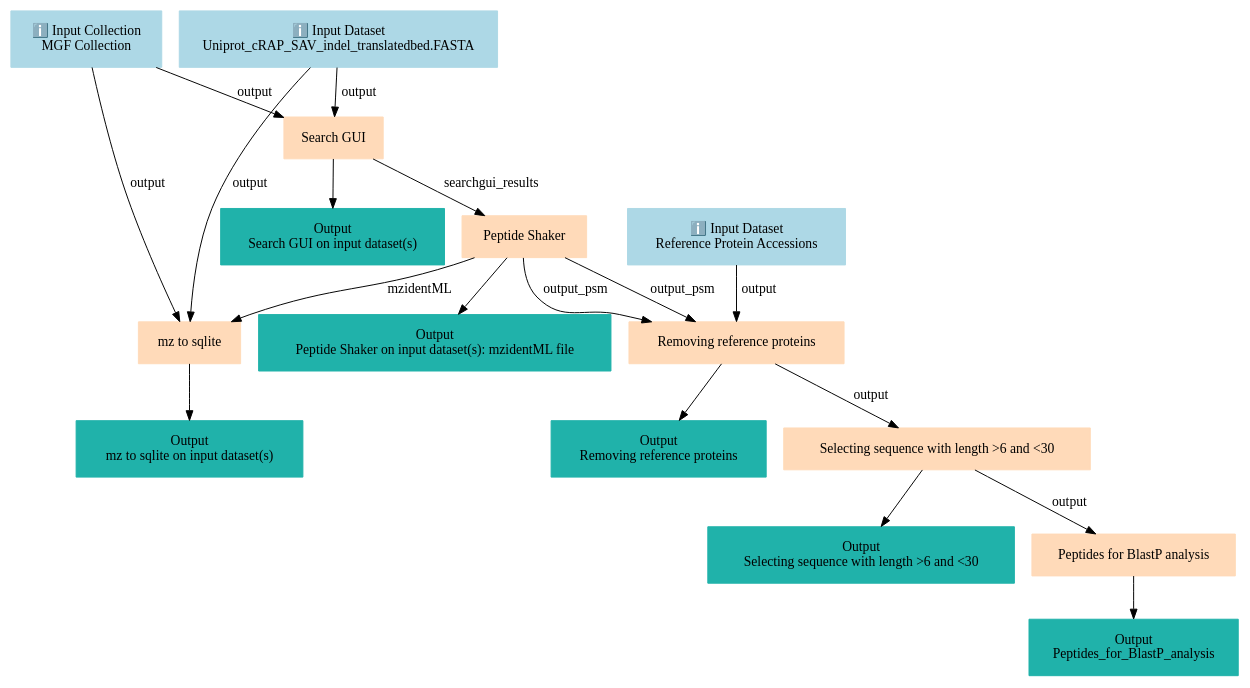
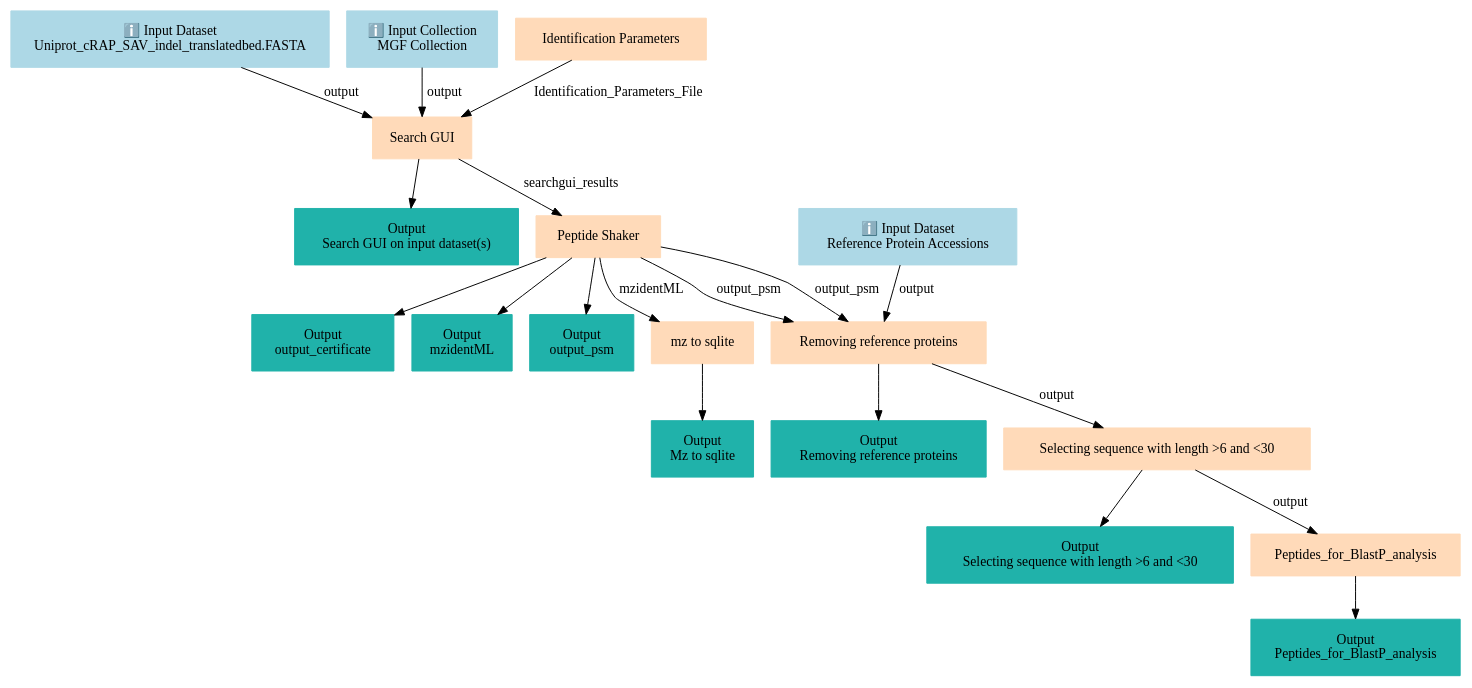
The diagram in api/workflows/proteomics/proteogenomics-dbsearch/galaxy-workflow-mouse-rnaseq-dbsearch/graph.dot (galaxyproject/training-material), drawn with Graphviz before and after one commit. The commit also changed 9360 other files, not shown here.

```diff
--- a/api/workflows/proteomics/proteogenomics-dbsearch/galaxy-workflow-mouse-rnaseq-dbsearch/graph.dot
+++ b/api/workflows/proteomics/proteogenomics-dbsearch/galaxy-workflow-mouse-rnaseq-dbsearch/graph.dot
@@ -1,36 +1,40 @@
 digraph main {
   node [fontname="Atkinson Hyperlegible", shape=box, color=white,style=filled,color=peachpuff,margin="0.2,0.2"];
   edge [fontname="Atkinson Hyperlegible"];
   0[color=lightblue,label="ℹ️ Input Dataset\nUniprot_cRAP_SAV_indel_translatedbed.FASTA"]
   1[color=lightblue,label="ℹ️ Input Collection\nMGF Collection"]
   2[color=lightblue,label="ℹ️ Input Dataset\nReference Protein Accessions"]
-  3[label="Search GUI"]
-  0 -> 3 [label="output"]
-  1 -> 3 [label="output"]
-  kd14f948180db4c158afc6fa38ef61deb[color=lightseagreen,label="Output\nSearch GUI on input dataset(s)"]
-  3 -> kd14f948180db4c158afc6fa38ef61deb
-  4[label="Peptide Shaker"]
-  3 -> 4 [label="searchgui_results"]
-  kafe0f1a528bb44bdb32bc634aa2154f3[color=lightseagreen,label="Output\nPeptide Shaker on input dataset(s): mzidentML file"]
-  4 -> kafe0f1a528bb44bdb32bc634aa2154f3
-  5[label="mz to sqlite"]
-  4 -> 5 [label="mzidentML"]
-  1 -> 5 [label="output"]
-  0 -> 5 [label="output"]
-  kb43a2136cf594fb0bb2b0d5b446c8ba9[color=lightseagreen,label="Output\nmz to sqlite on input dataset(s)"]
-  5 -> kb43a2136cf594fb0bb2b0d5b446c8ba9
-  6[label="Removing reference proteins"]
-  4 -> 6 [label="output_psm"]
-  4 -> 6 [label="output_psm"]
-  2 -> 6 [label="output"]
-  ka06ad5fa9a004867b9763745c5e59c80[color=lightseagreen,label="Output\nRemoving reference proteins"]
-  6 -> ka06ad5fa9a004867b9763745c5e59c80
-  7[label="Selecting sequence with length >6 and <30"]
-  6 -> 7 [label="output"]
-  kb71e541728644712b5c1c90725976baf[color=lightseagreen,label="Output\nSelecting sequence with length >6 and <30"]
-  7 -> kb71e541728644712b5c1c90725976baf
-  8[label="Peptides for BlastP analysis"]
+  3[label="Identification Parameters"]
+  4[label="Search GUI"]
+  0 -> 4 [label="output"]
+  3 -> 4 [label="Identification_Parameters_File"]
+  1 -> 4 [label="output"]
+  k1e6409c7560643999e7c7d314f62faa7[color=lightseagreen,label="Output\nSearch GUI on input dataset(s)"]
+  4 -> k1e6409c7560643999e7c7d314f62faa7
+  5[label="Peptide Shaker"]
+  4 -> 5 [label="searchgui_results"]
+  ka9c129c129e444dc92ba46dcbf621a69[color=lightseagreen,label="Output\noutput_certificate"]
+  5 -> ka9c129c129e444dc92ba46dcbf621a69
+  k6ed855172c684c998b91545d210ff76d[color=lightseagreen,label="Output\nmzidentML"]
+  5 -> k6ed855172c684c998b91545d210ff76d
+  k31acbe567d854979936a737987acead7[color=lightseagreen,label="Output\noutput_psm"]
+  5 -> k31acbe567d854979936a737987acead7
+  6[label="mz to sqlite"]
+  5 -> 6 [label="mzidentML"]
+  kc4df335c977b4c0792f55edb42ddeee9[color=lightseagreen,label="Output\nMz to sqlite"]
+  6 -> kc4df335c977b4c0792f55edb42ddeee9
+  7[label="Removing reference proteins"]
+  5 -> 7 [label="output_psm"]
+  5 -> 7 [label="output_psm"]
+  2 -> 7 [label="output"]
+  k6ab25e80380542c38895550e278b2a3a[color=lightseagreen,label="Output\nRemoving reference proteins"]
+  7 -> k6ab25e80380542c38895550e278b2a3a
+  8[label="Selecting sequence with length >6 and <30"]
   7 -> 8 [label="output"]
-  k1ac3c77680954db185183643dc081006[color=lightseagreen,label="Output\nPeptides_for_BlastP_analysis"]
-  8 -> k1ac3c77680954db185183643dc081006
+  kbabe6986f3d0468793a1d28fbaea1efa[color=lightseagreen,label="Output\nSelecting sequence with length >6 and <30"]
+  8 -> kbabe6986f3d0468793a1d28fbaea1efa
+  9[label="Peptides_for_BlastP_analysis"]
+  8 -> 9 [label="output"]
+  kd01167efd3f14dfd89df29a9c1e9acb8[color=lightseagreen,label="Output\nPeptides_for_BlastP_analysis"]
+  9 -> kd01167efd3f14dfd89df29a9c1e9acb8
 }
```
